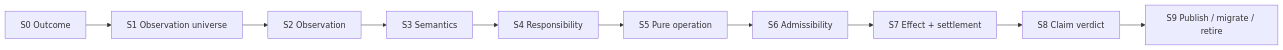
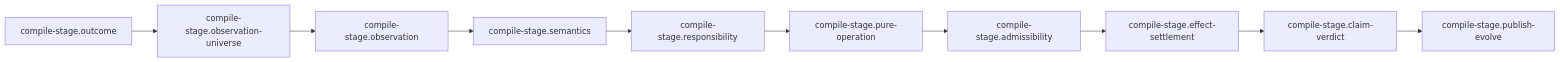
The first of 6 diagrams in docs/system-architecture/operations-and-resources.md (sec-platform/sec), drawn with Mermaid before and after one commit. The commit also changed other lines of this file and 14 other files, not shown here.

Commit message:
docs: close semantic architecture design

````diff
--- a/docs/system-architecture/operations-and-resources.md
+++ b/docs/system-architecture/operations-and-resources.md
@@ -26,12 +26,12 @@
 ```mermaid
 flowchart LR
-  S0[S0 Outcome] --> S1[S1 Observation universe]
-  S1 --> S2[S2 Observation]
-  S2 --> S3[S3 Semantics]
-  S3 --> S4[S4 Responsibility]
-  S4 --> S5[S5 Pure operation]
-  S5 --> S6[S6 Admissibility]
-  S6 --> S7[S7 Effect + settlement]
-  S7 --> S8[S8 Claim verdict]
-  S8 --> S9[S9 Publish / migrate / retire]
+  OUTCOME[compile-stage.outcome] --> UNIVERSE[compile-stage.observation-universe]
+  UNIVERSE --> OBSERVE[compile-stage.observation]
+  OBSERVE --> SEMANTICS[compile-stage.semantics]
+  SEMANTICS --> RESPONSIBILITY[compile-stage.responsibility]
+  RESPONSIBILITY --> OPERATION[compile-stage.pure-operation]
+  OPERATION --> ADMIT[compile-stage.admissibility]
+  ADMIT --> EFFECT[compile-stage.effect-settlement]
+  EFFECT --> VERDICT[compile-stage.claim-verdict]
+  VERDICT --> EVOLVE[compile-stage.publish-evolve]
 ```
````
